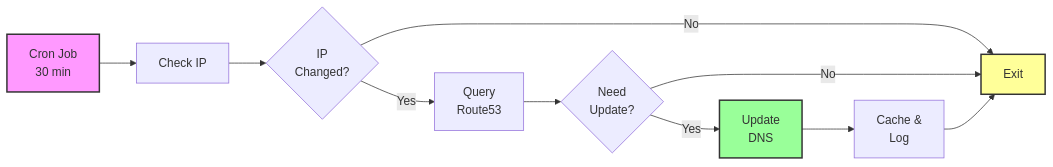
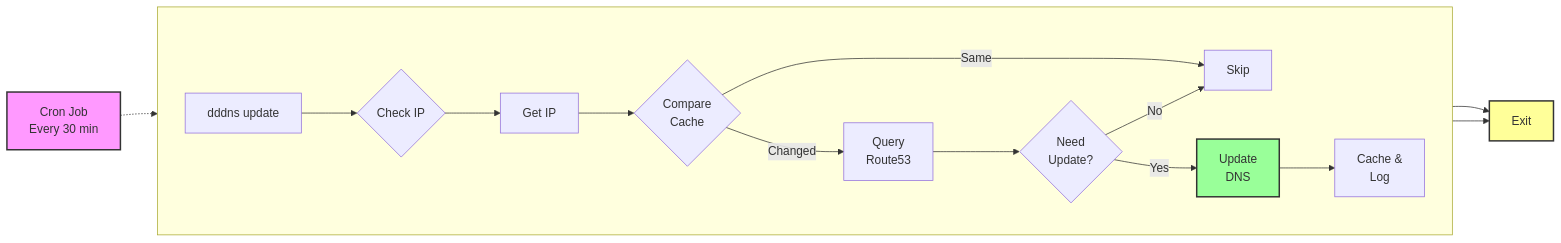
One commit to descoped/dddns changed the diagram in README.md. Above: the diagram before and after it, drawn with Mermaid.

Commit message:
docs: fix mermaid diagram with horizontal flow and subgraph

````diff
--- a/README.md
+++ b/README.md
@@ -98,16 +98,28 @@
 ```mermaid
-graph LR
-    A[Cron Job<br/>30 min] --> B[Check IP]
-    B --> C{IP<br/>Changed?}
-    C -->|No| D[Exit]
-    C -->|Yes| E[Query<br/>Route53]
-    E --> F{Need<br/>Update?}
-    F -->|No| D
-    F -->|Yes| G[Update<br/>DNS]
-    G --> H[Cache &<br/>Log]
-    H --> D
+flowchart LR
+    A[Cron Job<br/>Every 30 min]:::start
+    A -.-> B
 
-    style A fill:#f9f,stroke:#333,stroke-width:2px
-    style G fill:#9f9,stroke:#333,stroke-width:2px
-    style D fill:#ff9,stroke:#333,stroke-width:2px
+    subgraph " "
+        direction LR
+        B[dddns update] --> C{Check IP}
+        C --> D[Get IP]
+        D --> E{Compare<br/>Cache}
+        E -->|Changed| F[Query<br/>Route53]
+        E -->|Same| G[Skip]
+        F --> H{Need<br/>Update?}
+        H -->|Yes| I[Update<br/>DNS]:::update
+        H -->|No| G
+        I --> J[Cache &<br/>Log]
+    end
+
+    J --> L[Exit]:::exit
+    G --> L
+
+    A ~~~ B
+    J ~~~ L
+
+    classDef start fill:#f9f,stroke:#333,stroke-width:2px
+    classDef update fill:#9f9,stroke:#333,stroke-width:2px
+    classDef exit fill:#ff9,stroke:#333,stroke-width:2px
 ```
````
